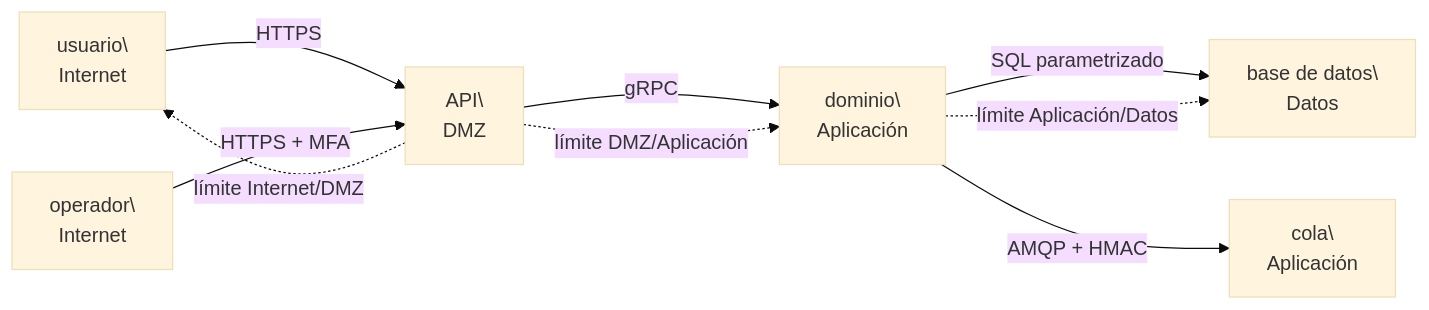
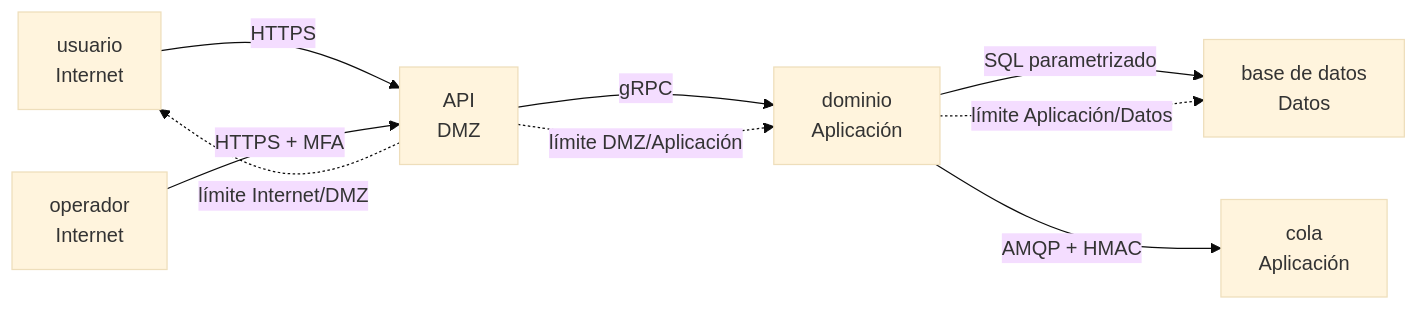
The first of 5 diagrams in web/public/content/foundations/modulo-6.md (NICORUIZ93/The_Imperial_Book), drawn with Mermaid (base theme) before and after one commit. The commit also changed other lines of this file and 1 other file, not shown here.

````diff
--- a/web/public/content/foundations/modulo-6.md
+++ b/web/public/content/foundations/modulo-6.md
@@ -16,11 +159,11 @@
 ```mermaid
 flowchart LR
-    U["usuario\\nInternet"] -->|"HTTPS"| A["API\\nDMZ"]
-    O["operador\\nInternet"] -->|"HTTPS + MFA"| A
-    A -->|"gRPC"| D["dominio\\nAplicación"]
-    D -->|"SQL parametrizado"| B["base de datos\\nDatos"]
-    D -->|"AMQP + HMAC"| Q["cola\\nAplicación"]
+    U["usuario<br/>Internet"] -->|"HTTPS"| A["API<br/>DMZ"]
+    O["operador<br/>Internet"] -->|"HTTPS + MFA"| A
+    A -->|"gRPC"| D["dominio<br/>Aplicación"]
+    D -->|"SQL parametrizado"| B["base de datos<br/>Datos"]
+    D -->|"AMQP + HMAC"| Q["cola<br/>Aplicación"]
     A -. "límite Internet/DMZ" .-> U
     A -. "límite DMZ/Aplicación" .-> D
     D -. "límite Aplicación/Datos" .-> B
 ```
````
